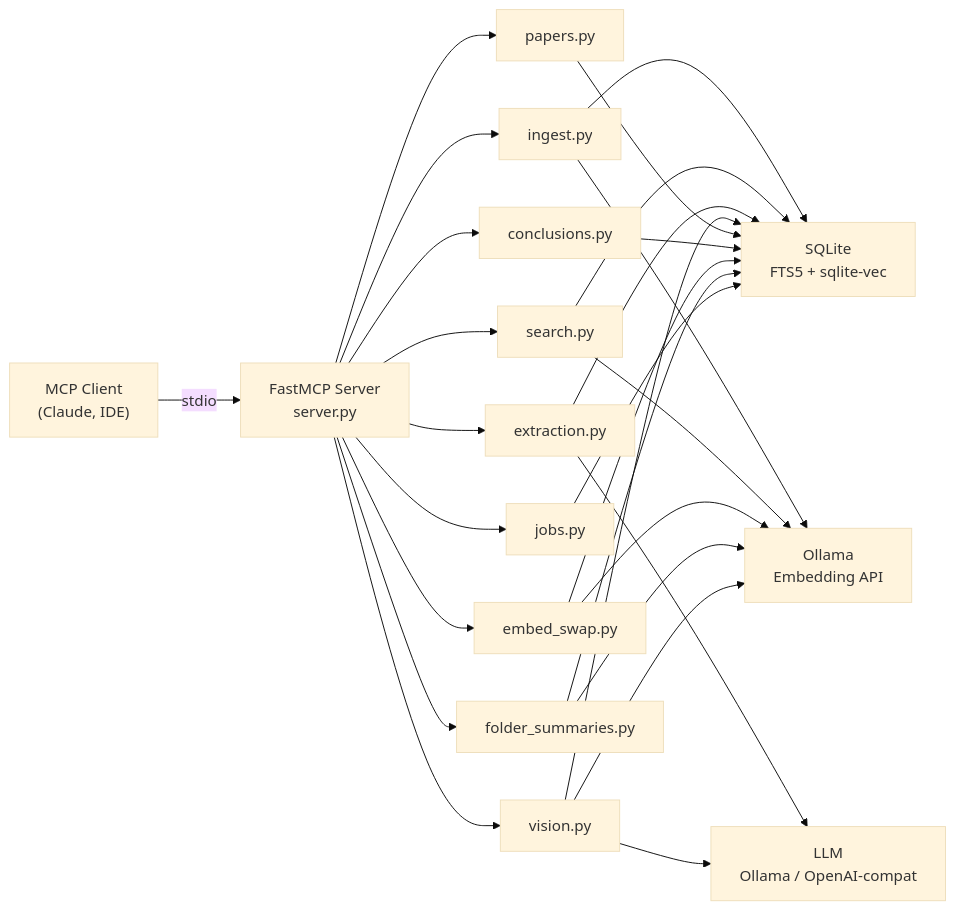
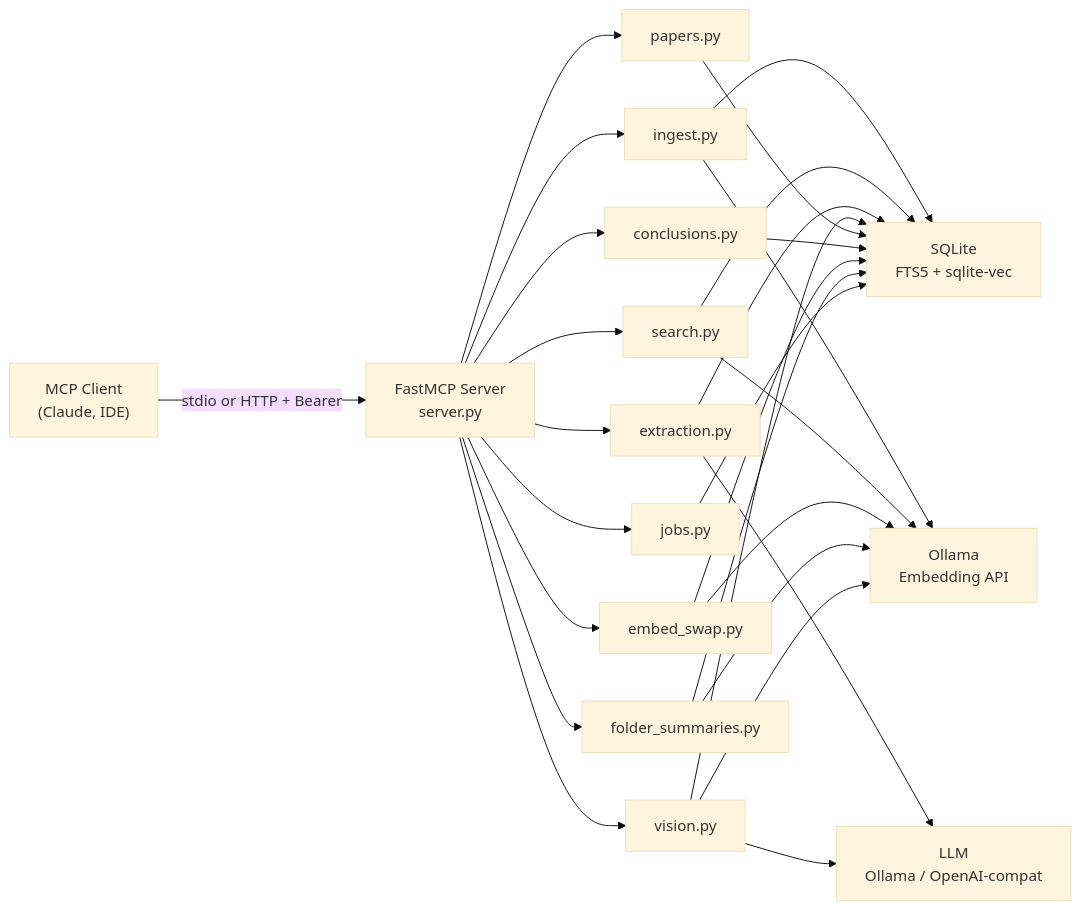
One commit to dutiona/knowledge-base changed the first of 4 diagrams in docs/design/architecture-overview.md. Above: the diagram before and after it, drawn with Mermaid (base theme). The commit also changed other lines of this file and 12 other files, not shown here.

First line of the commit message:
feat(server): serve MCP over HTTP behind per-machine Bearer auth (#593)

````diff
--- a/docs/design/architecture-overview.md
+++ b/docs/design/architecture-overview.md
@@ -5,32 +5,32 @@
 ```{mermaid}
 graph LR
-    Client["MCP Client<br/>(Claude, IDE)"] -->|stdio| Server["FastMCP Server<br/>server.py"]
+    Client["MCP Client<br/>(Claude, IDE)"] -->|stdio or HTTP + Bearer| Server["FastMCP Server<br/>server.py"]
     Server --> Ingest["ingest.py"]
     Server --> Search["search.py"]
     Server --> Extract["extraction.py"]
     Server --> Vision["vision.py"]
     Server --> Papers["papers.py"]
     Server --> Conclusions["conclusions.py"]
     Server --> EmbedSwap["embed_swap.py"]
     Server --> FolderSum["folder_summaries.py"]
     Server --> Jobs["jobs.py"]
 
     Ingest --> DB["SQLite<br/>FTS5 + sqlite-vec"]
     Search --> DB
     Extract --> DB
     Vision --> DB
     Papers --> DB
     Conclusions --> DB
     EmbedSwap --> DB
     FolderSum --> DB
     Jobs --> DB
 
     Ingest --> Ollama["Ollama<br/>Embedding API"]
     Search --> Ollama
     EmbedSwap --> Ollama
     FolderSum --> Ollama
     Vision --> Ollama
 
     Extract --> LLM["LLM<br/>Ollama / OpenAI-compat"]
     Vision --> LLM
 ```
````
